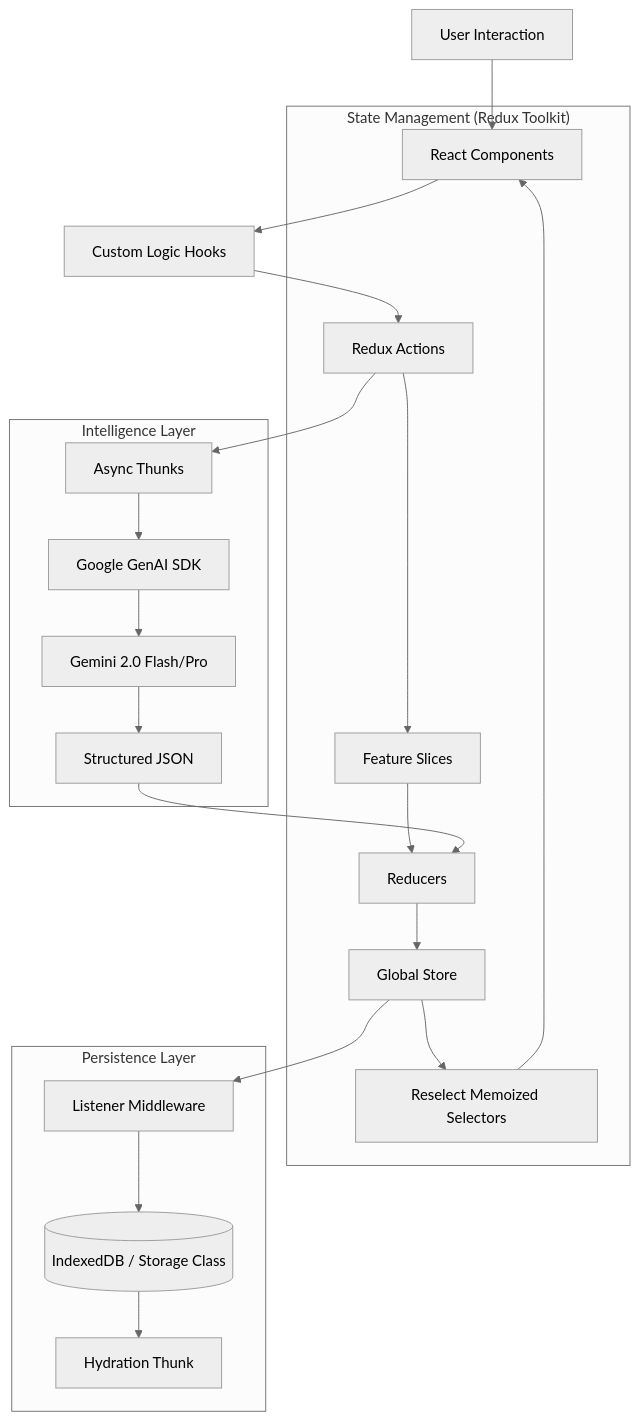
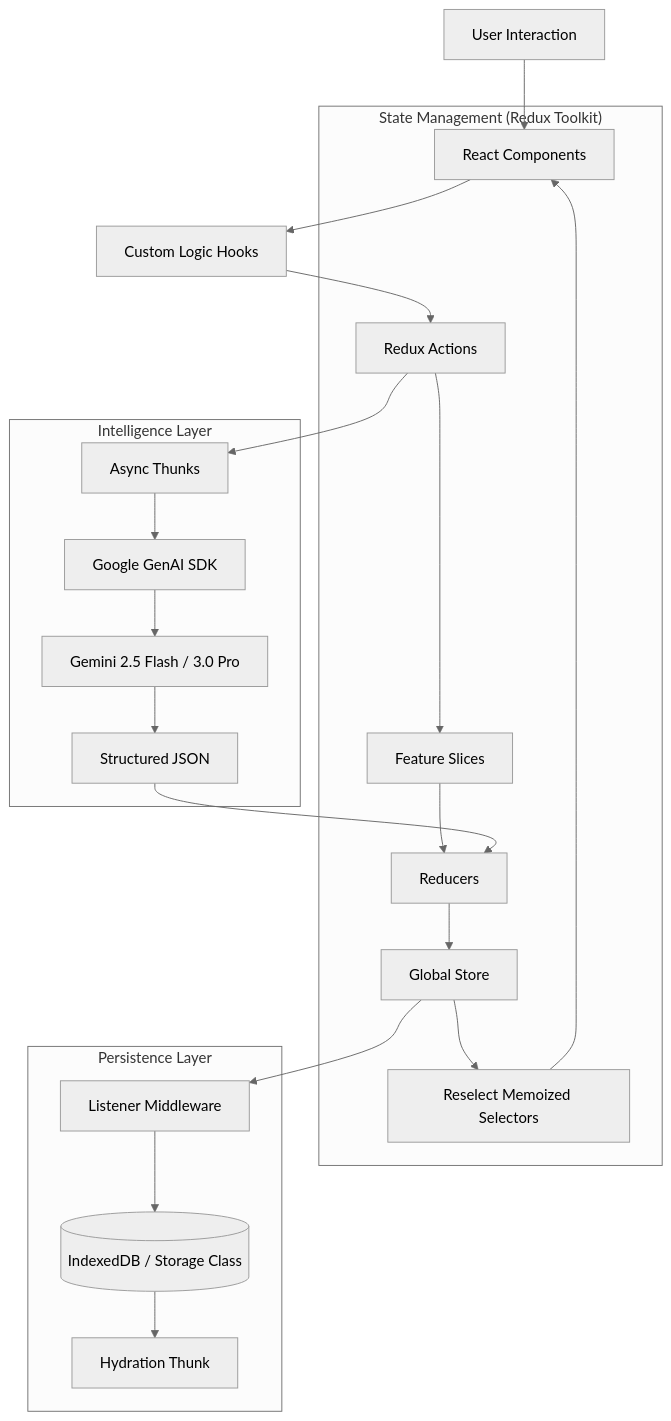
The diagram in README.md (qnbs/OmniNote), drawn with Mermaid (neutral theme) before and after one commit. The commit also changed other lines of this file and 13 other files, not shown here.

````diff
--- a/README.md
+++ b/README.md
@@ -68,28 +68,28 @@
 ```mermaid
 graph TD
     User[User Interaction] --> Components[React Components]
     Components --> Hooks[Custom Logic Hooks]
     Hooks --> Actions[Redux Actions]
     
     subgraph "State Management (Redux Toolkit)"
         Actions --> Slices[Feature Slices]
         Slices --> Reducers[Reducers]
         Reducers --> Store[Global Store]
         Store --> Selectors[Reselect Memoized Selectors]
         Selectors --> Components
     end
 
     subgraph "Persistence Layer"
         Store --> Middleware[Listener Middleware]
         Middleware --> IndexedDB[(IndexedDB / Storage Class)]
         IndexedDB --> Init[Hydration Thunk]
     end
 
     subgraph "Intelligence Layer"
         Actions --> Thunks[Async Thunks]
         Thunks --> GeminiSDK[Google GenAI SDK]
-        GeminiSDK --> LLM[Gemini 2.0 Flash/Pro]
+        GeminiSDK --> LLM[Gemini 2.5 Flash / 3.0 Pro]
         LLM --> JSON[Structured JSON]
         JSON --> Reducers
     end
 ```
````
